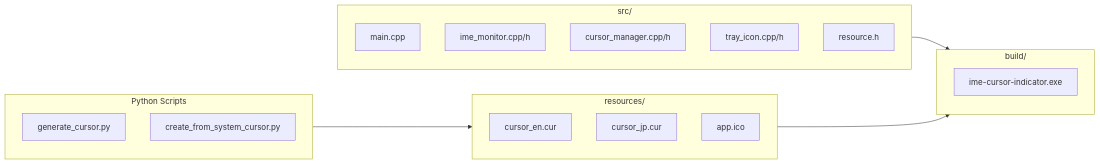
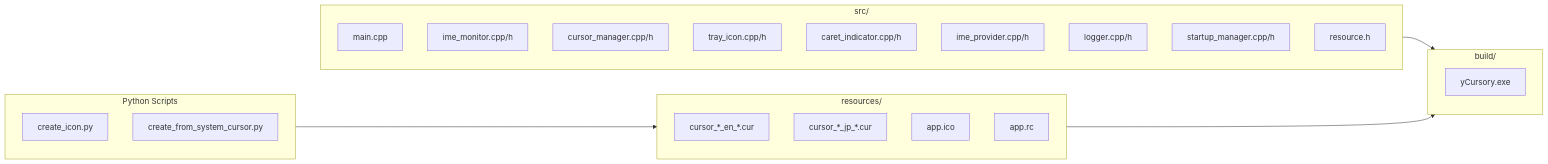
The third of 6 diagrams in docs/architecture.md (ycookiey/yCursory), drawn with Mermaid before and after one commit. The commit also changed other lines of this file and 9 other files, not shown here.

````diff
--- a/docs/architecture.md
+++ b/docs/architecture.md
@@ -64,29 +76,34 @@
 ```mermaid
 graph LR
     subgraph src["src/"]
         M[main.cpp]
         IM[ime_monitor.cpp/h]
         CM[cursor_manager.cpp/h]
         TI[tray_icon.cpp/h]
+        CI[caret_indicator.cpp/h]
+        IP[ime_provider.cpp/h]
+        LG[logger.cpp/h]
+        SM[startup_manager.cpp/h]
         RH[resource.h]
     end
     
     subgraph res["resources/"]
-        EN[cursor_en.cur]
-        JP[cursor_jp.cur]
+        EN["cursor_*_en_*.cur"]
+        JP["cursor_*_jp_*.cur"]
         ICO[app.ico]
+        RC[app.rc]
     end
     
     subgraph tools["Python Scripts"]
-        GEN[generate_cursor.py]
+        GEN[create_icon.py]
         SYS[create_from_system_cursor.py]
     end
     
     subgraph build["build/"]
-        EXE[ime-cursor-indicator.exe]
+        EXE[yCursory.exe]
     end
     
     src --> build
     res --> build
     tools --> res
 ```
````
